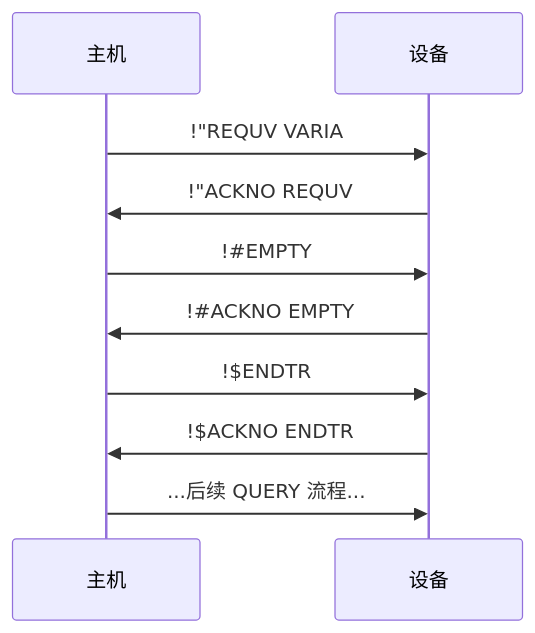
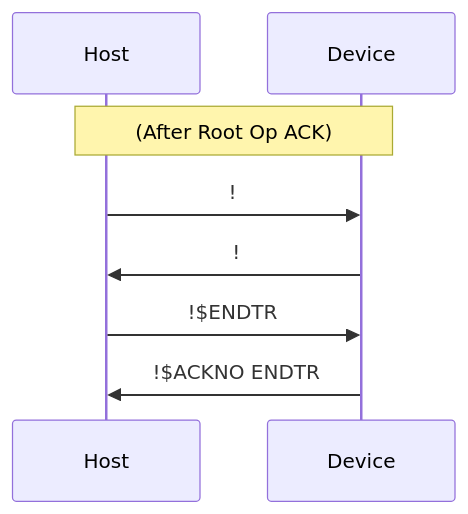
The fourth of 11 diagrams in Specification_zh.md (lingrottin/PK-Command), drawn with Mermaid before and after one commit. The commit also changed other lines of this file and 14 other files, not shown here.

````diff
--- a/Specification_zh.md
+++ b/Specification_zh.md
@@ -142,12 +217,10 @@
 ```mermaid
 sequenceDiagram
-    participant H as 主机
-    participant D as 设备
-    H->>D: !"REQUV VARIA
-    D->>H: !"ACKNO REQUV
-    H->>D: !#35;EMPTY
-    D->>H: !#35;ACKNO EMPTY
+    participant H as Host
+    participant D as Device
+    Note over H,D: (After Root Op ACK)
+    H->>D: !#EMPTY
+    D->>H: !#ACKNO EMPTY
     H->>D: !$ENDTR
     D->>H: !$ACKNO ENDTR
-    H->>D: ...后续 QUERY 流程...
 ```
````
